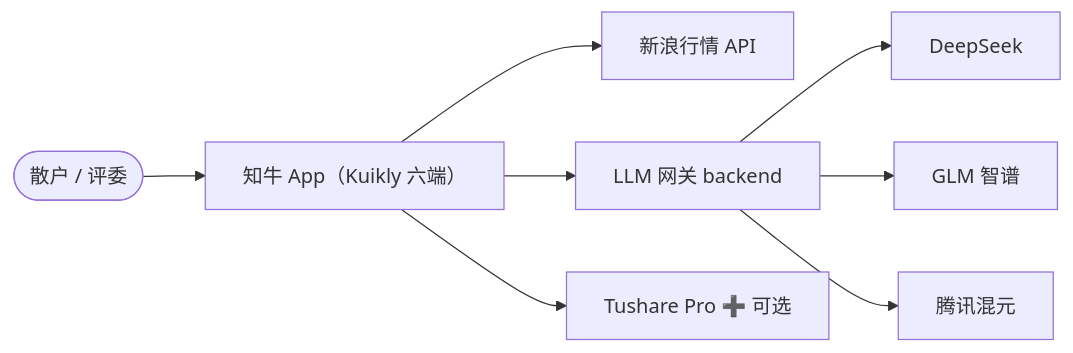
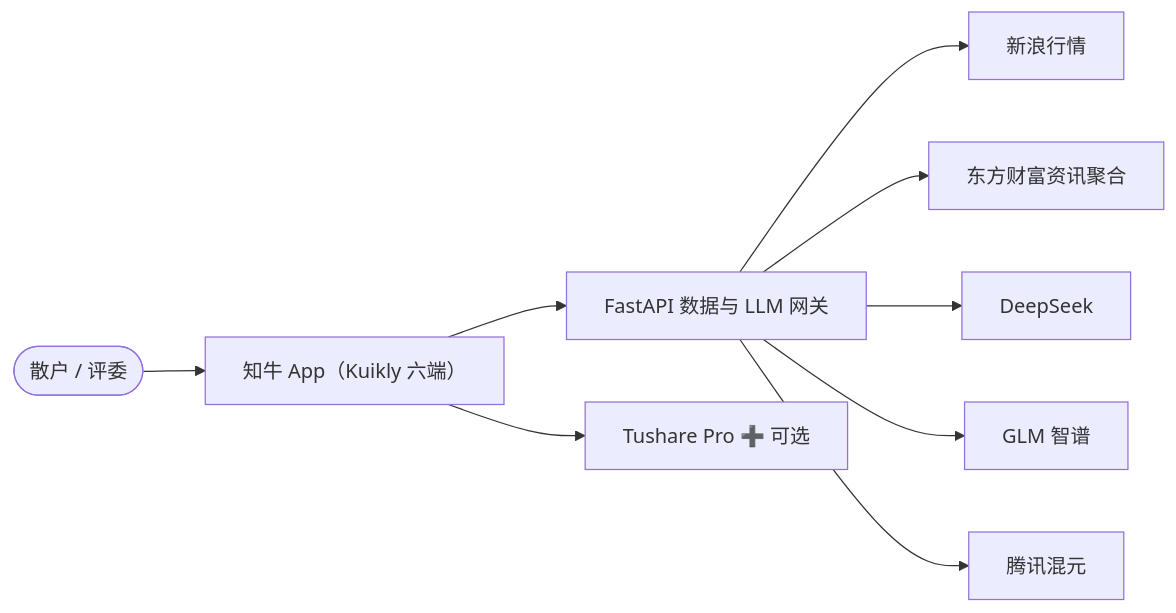
Before and after one commit to HongMing-Huang/zhiniu-demo: the first of 2 diagrams in docs/architecture.md, drawn with Mermaid. The commit also changed other lines of this file and 79 other files, not shown here.

Commit message:
docs: 交付物/评分自查 + README 与全部说明文档按实态重写 + 实测截图

````diff
--- a/docs/architecture.md
+++ b/docs/architecture.md
@@ -11,10 +11,11 @@
 ```mermaid
 flowchart LR
     User([散户 / 评委]) --> App[知牛 App（Kuikly 六端）]
-    App --> Sina[新浪行情 API]
-    App --> Gate[LLM 网关 backend]
+    App --> Gate[FastAPI 数据与 LLM 网关]
     App --> TS[Tushare Pro ➕ 可选]
+    Gate --> Sina[新浪行情]
+    Gate --> EM[东方财富资讯聚合]
     Gate --> DS[DeepSeek]
     Gate --> GLM[GLM 智谱]
     Gate --> HY[腾讯混元]
 ```
````
